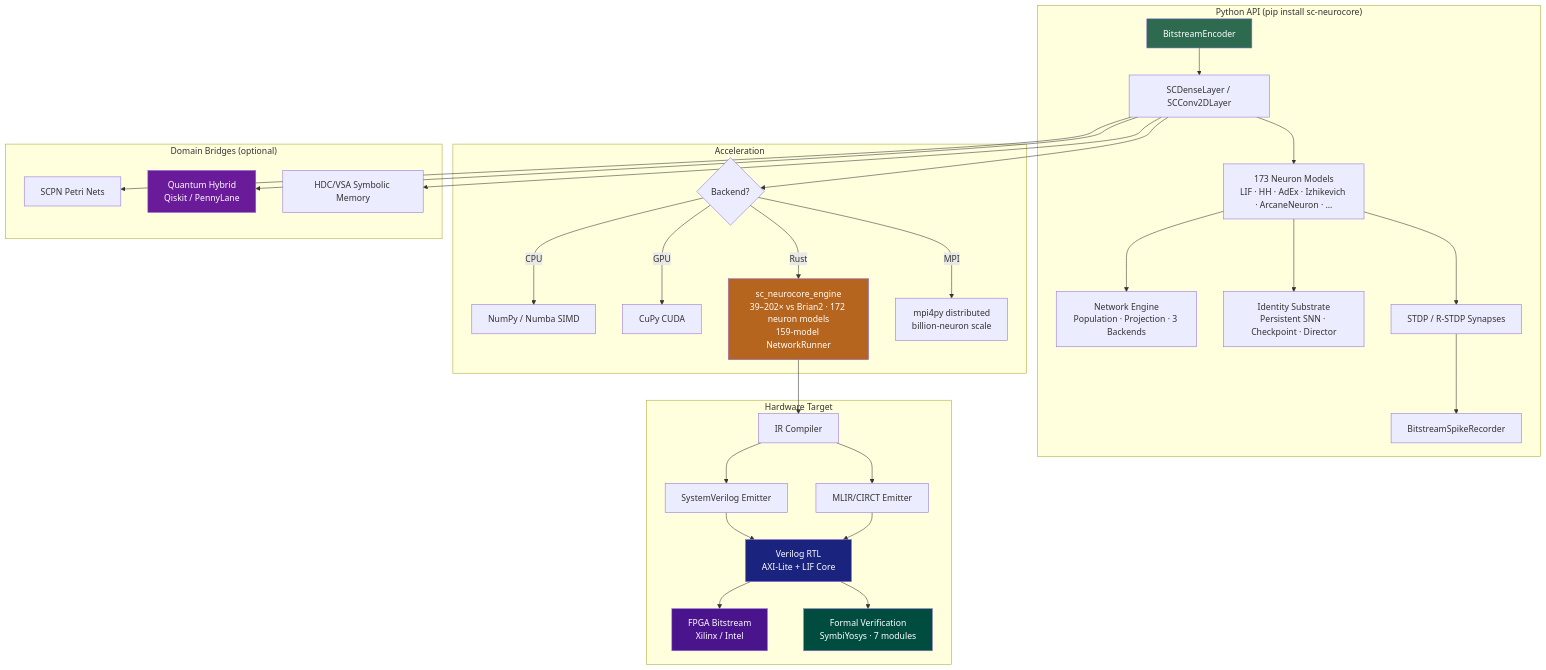
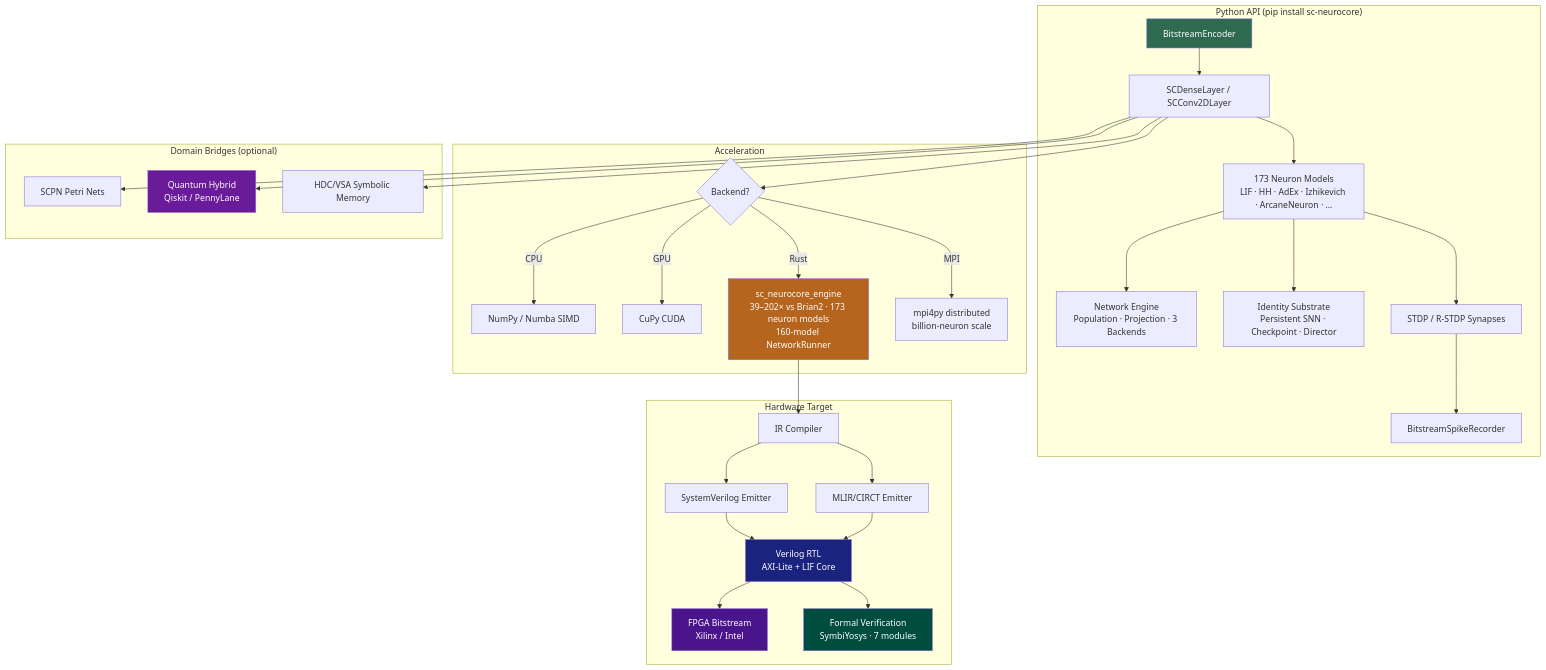
The diagram in README.md (anulum/sc-neurocore), drawn with Mermaid before and after one commit. The commit also changed other lines of this file and 23 other files, not shown here.

````diff
--- a/README.md
+++ b/README.md
@@ -356,42 +356,42 @@
 ```mermaid
 graph TD
     subgraph "Python API (pip install sc-neurocore)"
         A[BitstreamEncoder] --> B[SCDenseLayer / SCConv2DLayer]
         B --> C[173 Neuron Models<br/>LIF · HH · AdEx · Izhikevich · ArcaneNeuron · ...]
         C --> NET[Network Engine<br/>Population · Projection · 3 Backends]
         C --> ID[Identity Substrate<br/>Persistent SNN · Checkpoint · Director]
         C --> D[STDP / R-STDP Synapses]
         D --> E[BitstreamSpikeRecorder]
     end
 
     subgraph "Acceleration"
         B --> F{Backend?}
         F -->|CPU| G[NumPy / Numba SIMD]
         F -->|GPU| H[CuPy CUDA]
-        F -->|Rust| I[sc_neurocore_engine<br/>39–202× vs Brian2 · 172 neuron models<br/>159-model NetworkRunner]
+        F -->|Rust| I[sc_neurocore_engine<br/>39–202× vs Brian2 · 173 neuron models<br/>160-model NetworkRunner]
         F -->|MPI| MPI[mpi4py distributed<br/>billion-neuron scale]
     end
 
     subgraph "Hardware Target"
         I --> J[IR Compiler]
         J --> K[SystemVerilog Emitter]
         J --> K2[MLIR/CIRCT Emitter]
         K --> L[Verilog RTL<br/>AXI-Lite + LIF Core]
         K2 --> L
         L --> M[FPGA Bitstream<br/>Xilinx / Intel]
         L --> V[Formal Verification<br/>SymbiYosys · 7 modules]
     end
 
     subgraph "Domain Bridges (optional)"
         B --> N[SCPN Petri Nets]
         B --> O[Quantum Hybrid<br/>Qiskit / PennyLane]
         B --> P[HDC/VSA Symbolic Memory]
     end
 
     style A fill:#2d6a4f,color:#fff
     style I fill:#b5651d,color:#fff
     style L fill:#1a237e,color:#fff
     style M fill:#4a148c,color:#fff
     style O fill:#6a1b9a,color:#fff
     style V fill:#004d40,color:#fff
 ```
````
